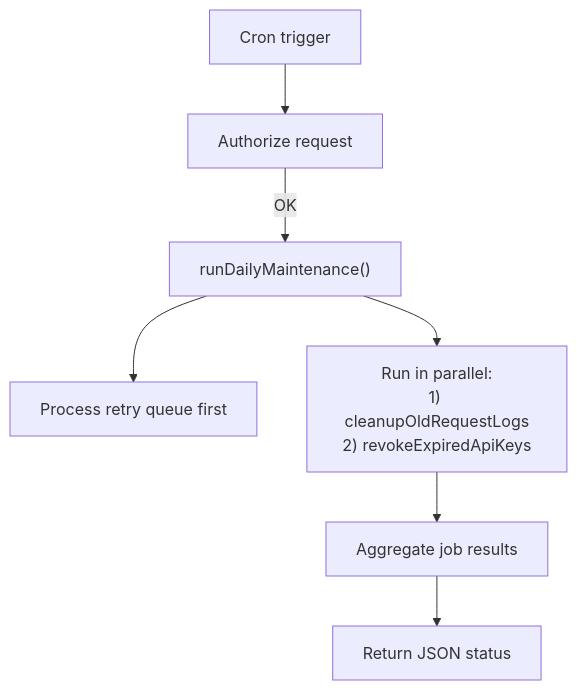
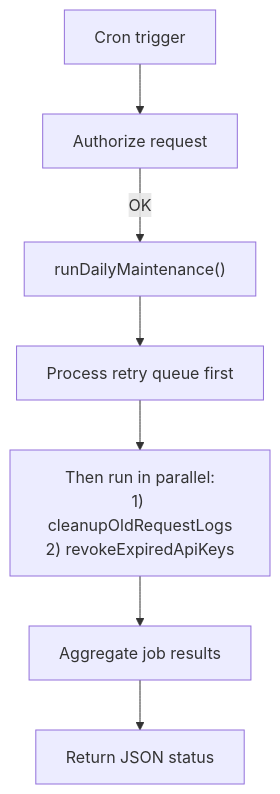
Before and after one commit to EricTsai83/optstuff: the diagram in apps/docs/content/docs/architecture/daily-maintenance-cron.mdx, drawn with Mermaid. The commit also changed 1 other file, not shown here.

Commit message:
Refactor daily maintenance logic and improve error handling
- Updated the daily maintenance cron documentation to clarify the execution flow.
- Modified the `processMaintenanceRetryTasks` function to use the current date for comparisons, enhancing accuracy.
- Improved error handling in the `revokeExpiredApiKeys` function by adding try-catch blocks around retry task enqueuing, ensuring that failures are logged without interrupting the process.
- Refactored the `runDailyMaintenance` function to streamline the handling of retry task results, improving code readability and maintainability.

````diff
--- a/apps/docs/content/docs/architecture/daily-maintenance-cron.mdx
+++ b/apps/docs/content/docs/architecture/daily-maintenance-cron.mdx
@@ -28,9 +28,9 @@
 ```mermaid
 flowchart TD
   A["Cron trigger"] --> B["Authorize request"]
   B -->|OK| C["runDailyMaintenance()"]
   C --> D["Process retry queue first"]
-  C --> E["Run in parallel:<br/>1) cleanupOldRequestLogs<br/>2) revokeExpiredApiKeys"]
+  D --> E["Then run in parallel:<br/>1) cleanupOldRequestLogs<br/>2) revokeExpiredApiKeys"]
   E --> F["Aggregate job results"]
   F --> G["Return JSON status"]
 ```
````
